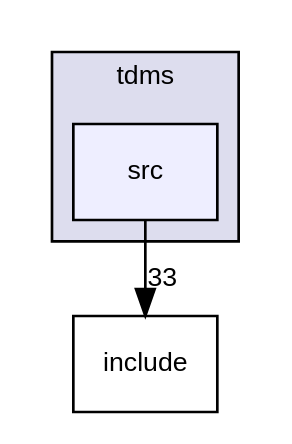
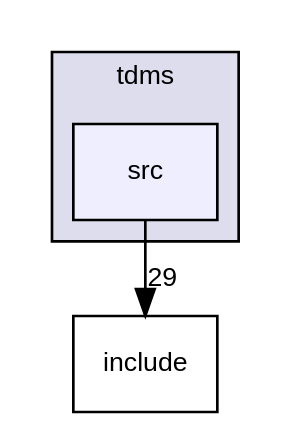
One commit to UCL/TDMS changed the diagram in dir_31743c9f8cb9d8e1833bb08943f9ef81_dep.dot. Above: the diagram before and after it, drawn with Graphviz. The commit also changed 386 other files, not shown here.

```diff
--- a/dir_31743c9f8cb9d8e1833bb08943f9ef81_dep.dot
+++ b/dir_31743c9f8cb9d8e1833bb08943f9ef81_dep.dot
@@ -1,11 +1,11 @@
 digraph "tdms/src" {
   compound=true
   node [ fontsize="10", fontname="Helvetica"];
   edge [ labelfontsize="10", labelfontname="Helvetica"];
   subgraph clusterdir_dfaedd75726dc0f14b5d7f96fe9da9ad {
     graph [ bgcolor="#ddddee", pencolor="black", label="tdms" fontname="Helvetica", fontsize="10", URL="dir_dfaedd75726dc0f14b5d7f96fe9da9ad.html"]
   dir_31743c9f8cb9d8e1833bb08943f9ef81 [shape=box, label="src", style="filled", fillcolor="#eeeeff", pencolor="black", URL="dir_31743c9f8cb9d8e1833bb08943f9ef81.html"];
   }
   dir_31151eb6fe72a8c6f09675be35b4e99c [shape=box label="include" URL="dir_31151eb6fe72a8c6f09675be35b4e99c.html"];
-  dir_31743c9f8cb9d8e1833bb08943f9ef81->dir_31151eb6fe72a8c6f09675be35b4e99c [headlabel="33", labeldistance=1.5 headhref="dir_000003_000002.html"];
+  dir_31743c9f8cb9d8e1833bb08943f9ef81->dir_31151eb6fe72a8c6f09675be35b4e99c [headlabel="29", labeldistance=1.5 headhref="dir_000003_000002.html"];
 }
```
